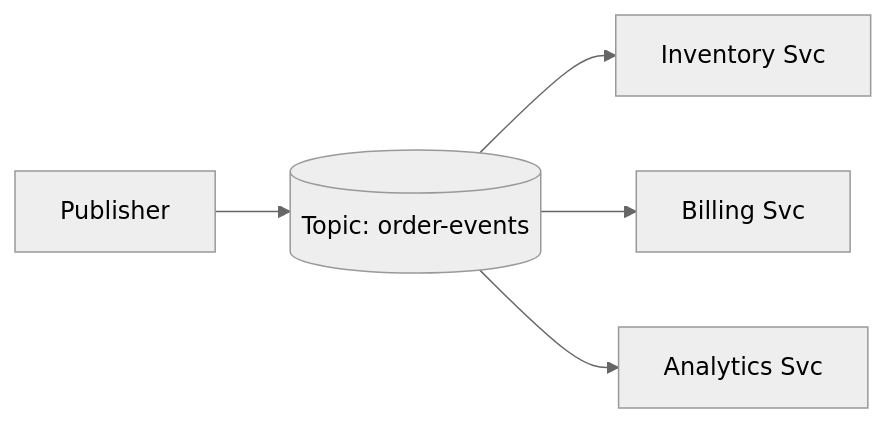
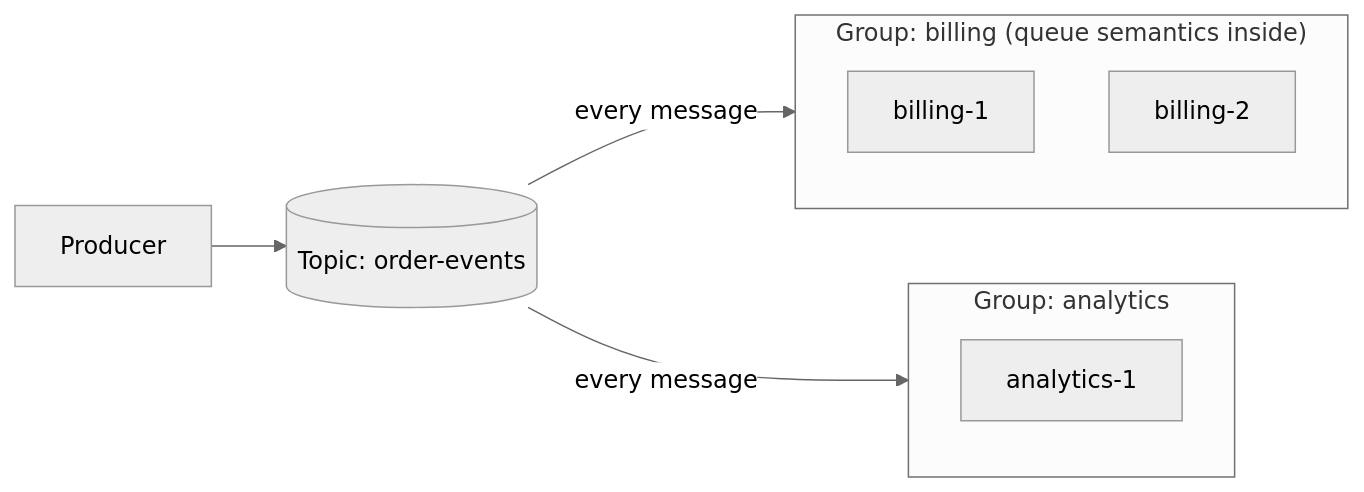
The second of 9 diagrams in github-pages/docs/event-driven/message-brokers.md (AndrewAltimit/Documentation), drawn with Mermaid (neutral theme) before and after one commit. The commit also changed other lines of this file and 240 other files, not shown here.

````diff
--- a/github-pages/docs/event-driven/message-brokers.md
+++ b/github-pages/docs/event-driven/message-brokers.md
@@ -80,7 +74,13 @@
 ```mermaid
 flowchart LR
-    P["Publisher"] --> T[("Topic: order-events")]
-    T --> S1["Inventory Svc"]
-    T --> S2["Billing Svc"]
-    T --> S3["Analytics Svc"]
+    P["Producer"] --> T[("Topic: order-events")]
+    subgraph G1["Group: billing (queue semantics inside)"]
+        B1["billing-1"]
+        B2["billing-2"]
+    end
+    subgraph G2["Group: analytics"]
+        A1["analytics-1"]
+    end
+    T -->|"every message"| G1
+    T -->|"every message"| G2
 ```
````
